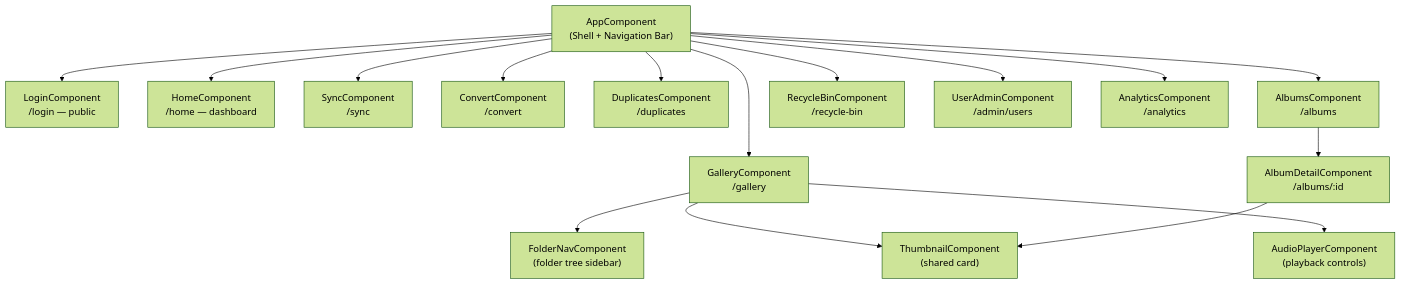
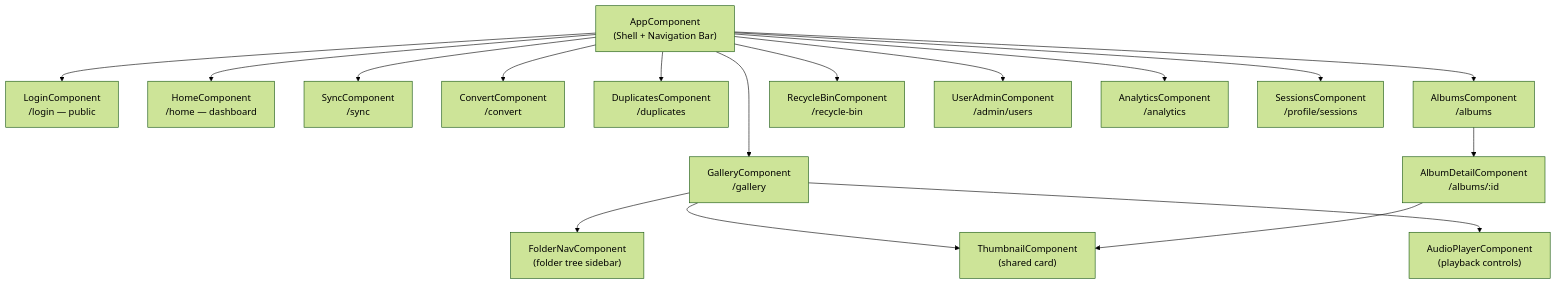
The fourth of 4 diagrams in JPPhotoManagerWeb/docs/architecture.md (jpablodrexler/jp-photo-manager), drawn with Mermaid (forest theme) before and after one commit. The commit also changed other lines of this file and 2 other files, not shown here.

First line of the commit message:
architecture.md: refresh the diagrams against the code

````diff
--- a/JPPhotoManagerWeb/docs/architecture.md
+++ b/JPPhotoManagerWeb/docs/architecture.md
@@ -208,21 +239,22 @@
 ```mermaid
 graph TD
     App["AppComponent\n(Shell + Navigation Bar)"]
 
     App --> Login["LoginComponent\n/login — public"]
     App --> Home["HomeComponent\n/home — dashboard"]
     App --> Gallery["GalleryComponent\n/gallery"]
     App --> Sync["SyncComponent\n/sync"]
     App --> Convert["ConvertComponent\n/convert"]
     App --> Duplicates["DuplicatesComponent\n/duplicates"]
     App --> Albums["AlbumsComponent\n/albums"]
     App --> RecycleBin["RecycleBinComponent\n/recycle-bin"]
     App --> UserAdmin["UserAdminComponent\n/admin/users"]
     App --> Analytics["AnalyticsComponent\n/analytics"]
+    App --> Sessions["SessionsComponent\n/profile/sessions"]
 
     Gallery --> FolderNav["FolderNavComponent\n(folder tree sidebar)"]
     Gallery --> Thumbnail["ThumbnailComponent\n(shared card)"]
     Gallery --> AudioPlayer["AudioPlayerComponent\n(playback controls)"]
     Albums --> AlbumDetail["AlbumDetailComponent\n/albums/:id"]
     AlbumDetail --> Thumbnail
 ```
````
